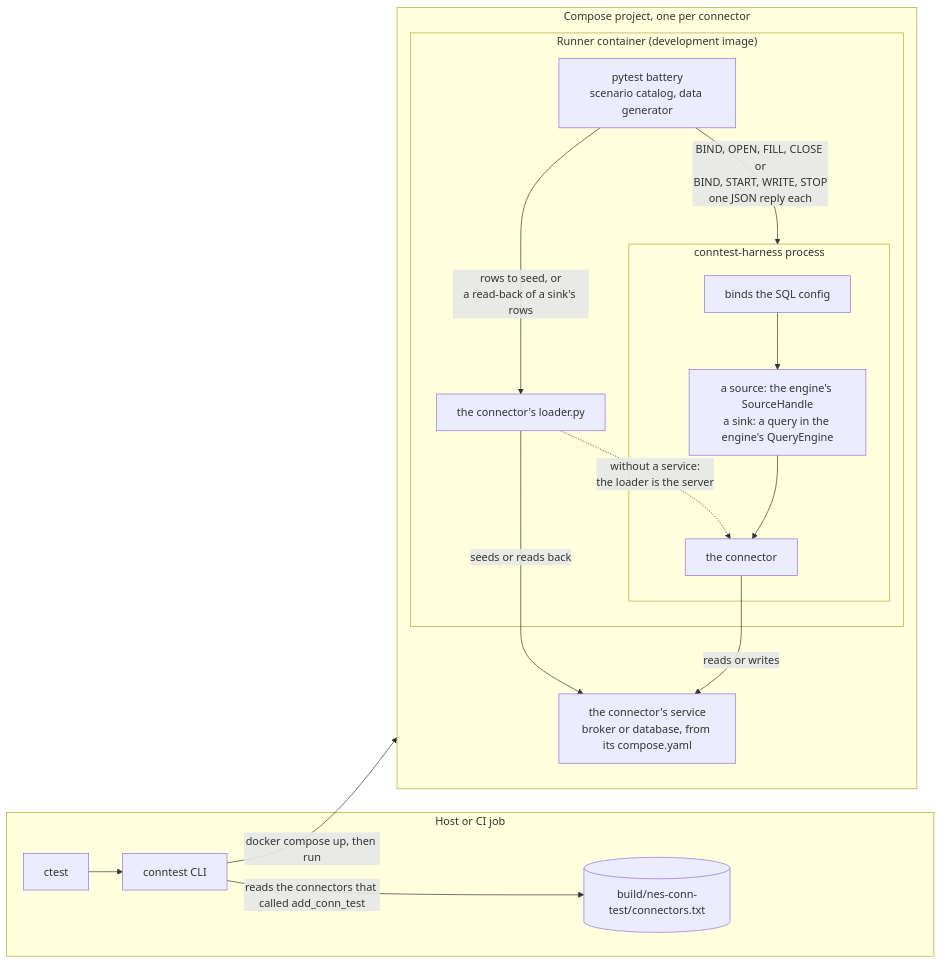
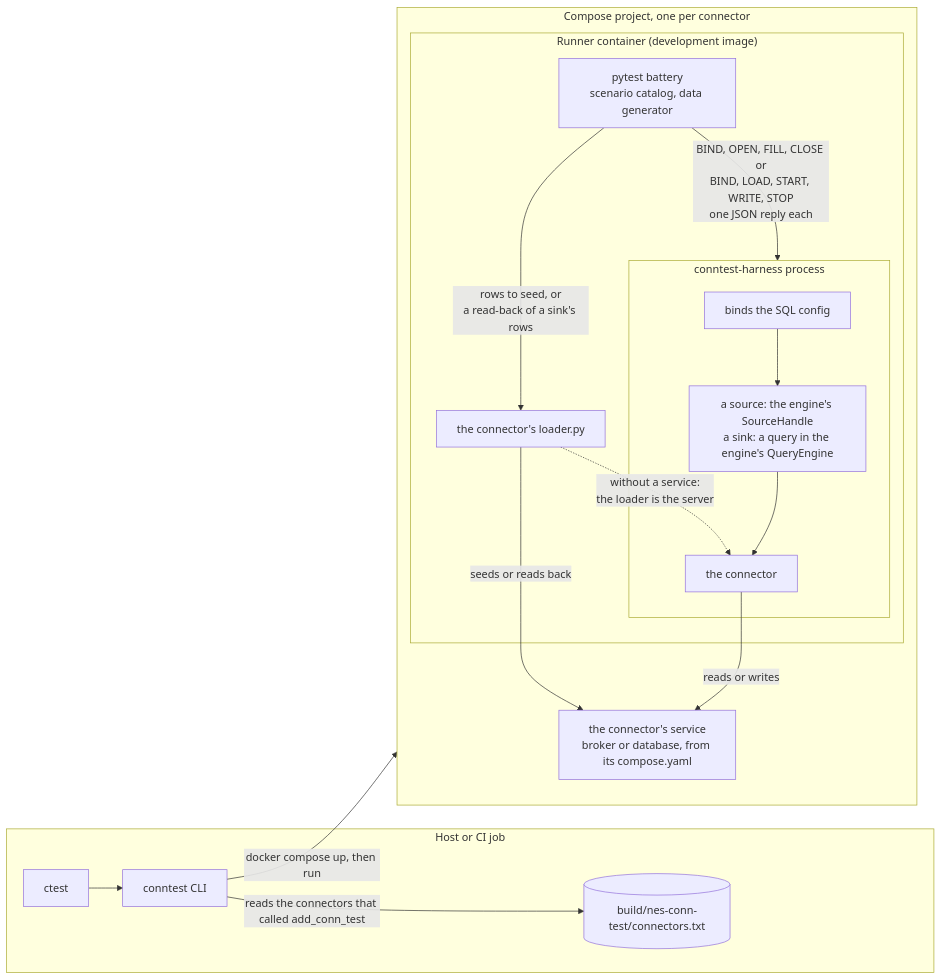
The diagram in nes-conn-test/Architecture.md (nebulastream/nebulastream), drawn with Mermaid before and after one commit. The commit also changed other lines of this file and 11 other files, not shown here.

````diff
--- a/nes-conn-test/Architecture.md
+++ b/nes-conn-test/Architecture.md
@@ -3,29 +3,29 @@
 ```mermaid
 flowchart LR
     subgraph host["Host or CI job"]
         ctest["ctest"] --> cli["conntest CLI"]
         registry[("build/nes-conn-test/connectors.txt")]
     end
 
     subgraph project["Compose project, one per connector"]
         subgraph runner["Runner container (development image)"]
             pytest["pytest battery<br/>scenario catalog, data generator"]
             loader["the connector's loader.py"]
             subgraph harness["conntest-harness process"]
                 binder["binds the SQL config"]
                 handle["a source: the engine's SourceHandle<br/>a sink: a query in the engine's QueryEngine"]
                 connector["the connector"]
             end
         end
         service["the connector's service<br/>broker or database, from its compose.yaml"]
     end
 
     cli -- "reads the connectors that called add_conn_test" --> registry
     cli -- "docker compose up, then run" --> project
-    pytest -- "BIND, OPEN, FILL, CLOSE or<br/>BIND, START, WRITE, STOP<br/>one JSON reply each" --> harness
+    pytest -- "BIND, OPEN, FILL, CLOSE or<br/>BIND, LOAD, START, WRITE, STOP<br/>one JSON reply each" --> harness
     pytest -- "rows to seed, or<br/>a read-back of a sink's rows" --> loader
     loader -- "seeds or reads back" --> service
     connector -- "reads or writes" --> service
     loader -. "without a service:<br/>the loader is the server" .-> connector
     binder --> handle --> connector
 ```
````
